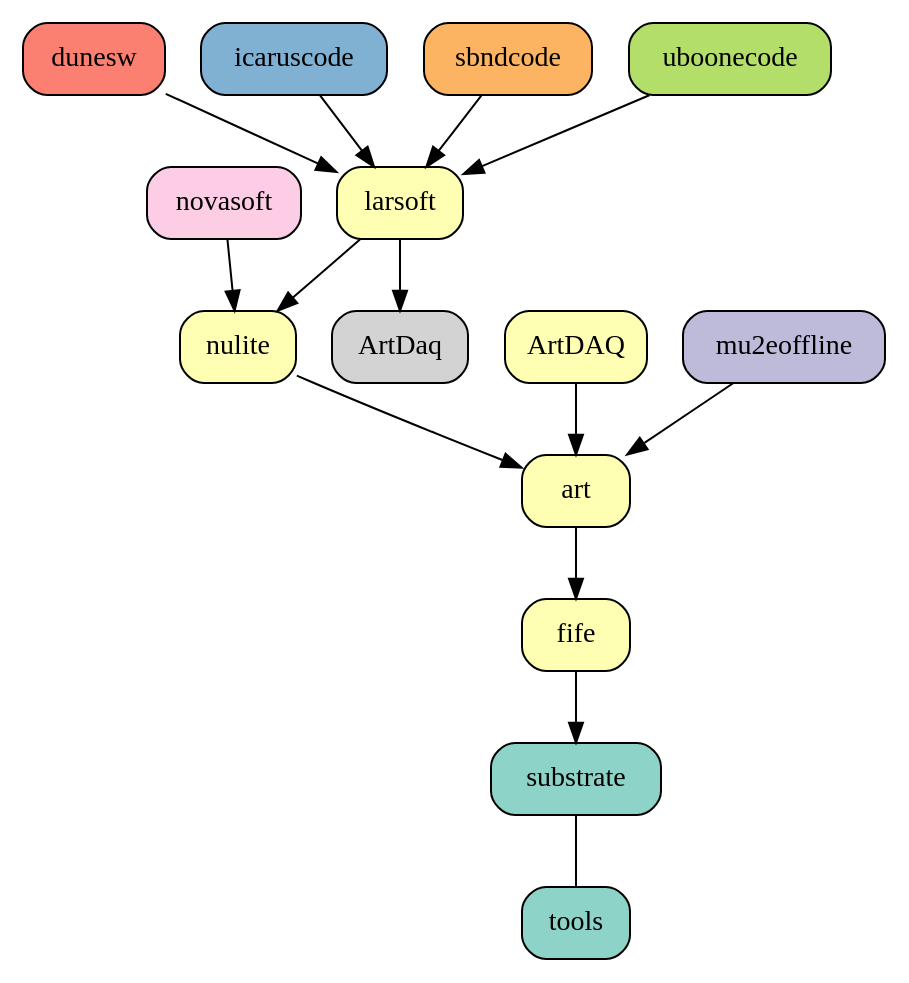
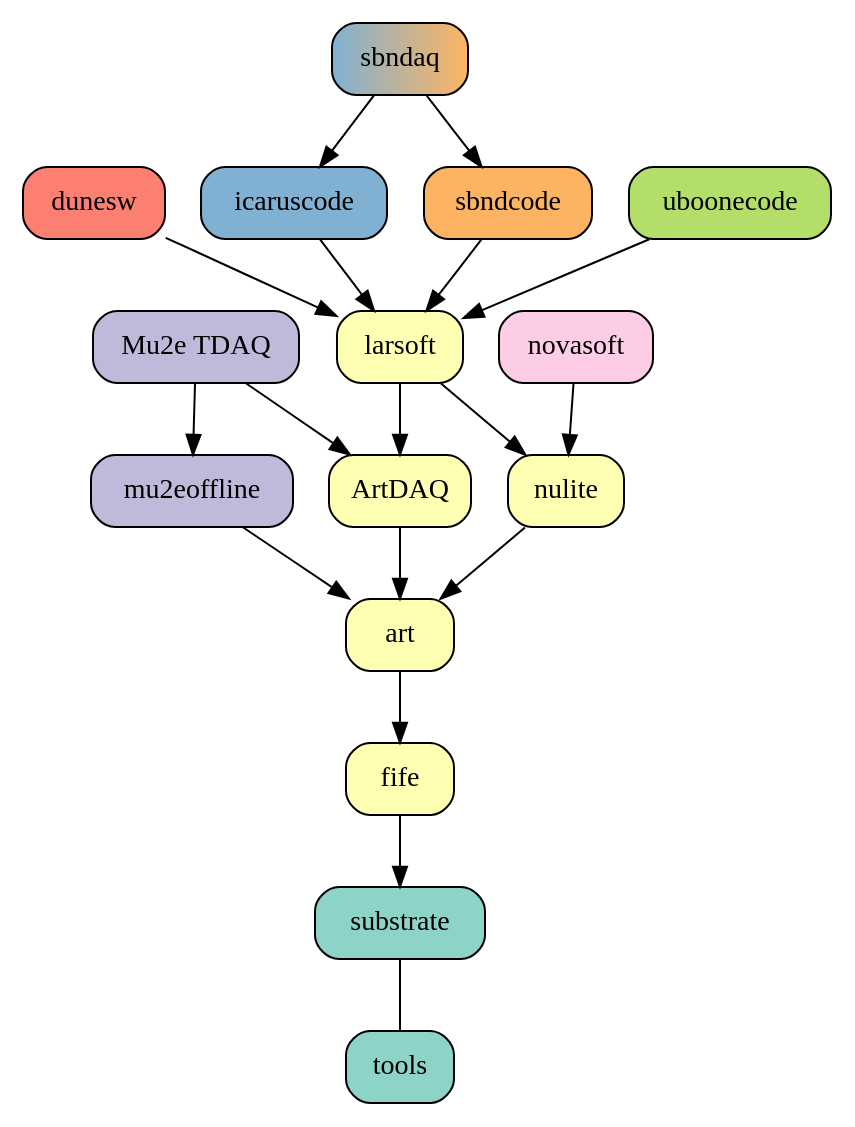
The diagram in environment_graph.gv (marcpaterno/spack_retreat), drawn with Graphviz before and after one commit.

Commit message:
Fix name of ArtDAQ dependency node. Add sbndaq and Mu2e TDAQ environments.

```diff
--- a/environment_graph.gv
+++ b/environment_graph.gv
@@ -1,37 +1,43 @@
 digraph g
 {
   node [shape=box, style="rounded,filled", colorscheme=set312];
 
   tools [fillcolor=1];
   substrate [fillcolor=1];
 
   fife [fillcolor=2];
   art [fillcolor=2];
   nulite [fillcolor=2];
   larsoft [fillcolor=2];
   ArtDAQ [fillcolor=2];
 
   mu2eoffline [fillcolor=3];
+  "Mu2e TDAQ" [fillcolor=3];
   dunesw [fillcolor=4];
   icaruscode [fillcolor=5];
   sbndcode [fillcolor=6];
   uboonecode [fillcolor=7];
   novasoft [fillcolor=8];
-
+  sbndaq [ fillcolor="5:6" ];
 
   dunesw -> larsoft;
   sbndcode -> larsoft;
   icaruscode-> larsoft;
   uboonecode -> larsoft;
   ArtDAQ -> art;
-  larsoft -> ArtDaq;
+  larsoft -> ArtDAQ;
+  
+  "Mu2e TDAQ" -> ArtDAQ;
+  "Mu2e TDAQ" -> mu2eoffline;
+  sbndaq -> icaruscode
+  sbndaq -> sbndcode
   
   larsoft -> nulite;
   novasoft-> nulite;
 
   mu2eoffline -> art;
   nulite -> art;
   art -> fife;
   fife -> substrate;
   substrate -> tools [arrowhead=none];
 }
```
